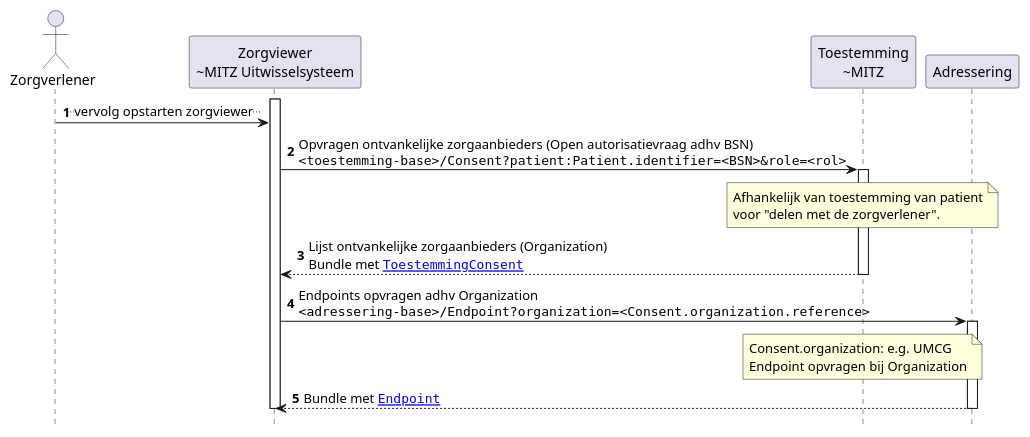
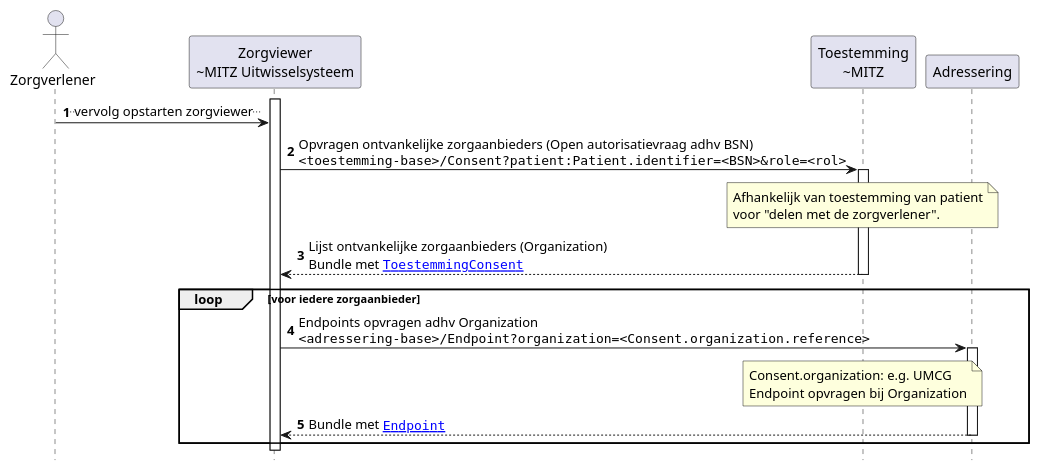
One commit to RIVO-Noord/zorgviewer-ig changed the diagram in input/images-source/Zorgviewer-seq-2.plantuml. Above: the diagram before and after it, drawn with PlantUML. The commit also changed 2 other files, not shown here.

```diff
--- a/input/images-source/Zorgviewer-seq-2.plantuml
+++ b/input/images-source/Zorgviewer-seq-2.plantuml
@@ -1,29 +1,31 @@
 @startuml
 hide footbox
 autonumber
 
 actor Zorgverlener
 participant "Zorgviewer\n~MITZ Uitwisselsysteem" as Zorgviewer
 participant "Toestemming\n~MITZ" as Toestemming
 participant Adressering
 
 activate Zorgviewer
 Zorgverlener->Zorgviewer: ..vervolg opstarten zorgviewer..
 Zorgviewer->Toestemming: Opvragen ontvankelijke zorgaanbieders (Open autorisatievraag adhv BSN)\n""<toestemming-base>/Consent?patient:Patient.identifier=<BSN>&role=<rol>""
 note over Toestemming: Afhankelijk van toestemming van patient\nvoor "delen met de zorgverlener".
 activate Toestemming
 Toestemming-->Zorgviewer: Lijst ontvankelijke zorgaanbieders (Organization)\nBundle met ""[[StructureDefinition-ToestemmingConsent.html ToestemmingConsent]]""
 deactivate Toestemming
 
-Zorgviewer->Adressering: Endpoints opvragen adhv Organization\n""<adressering-base>/Endpoint?organization=<Consent.organization.reference>""
-note over Toestemming
-  Consent.organization: e.g. UMCG
-  Endpoint opvragen bij Organization
-end note
-activate Adressering
-Adressering-->Zorgviewer: Bundle met ""[[StructureDefinition-Endpoint.html Endpoint]]""
-deactivate Adressering
+loop voor iedere zorgaanbieder
+  Zorgviewer->Adressering: Endpoints opvragen adhv Organization\n""<adressering-base>/Endpoint?organization=<Consent.organization.reference>""
+  note over Toestemming
+    Consent.organization: e.g. UMCG
+    Endpoint opvragen bij Organization
+  end note
+  activate Adressering
+  Adressering-->Zorgviewer: Bundle met ""[[StructureDefinition-Endpoint.html Endpoint]]""
+  deactivate Adressering
+end loop
 
 deactivate Zorgviewer
 
 @enduml
```
